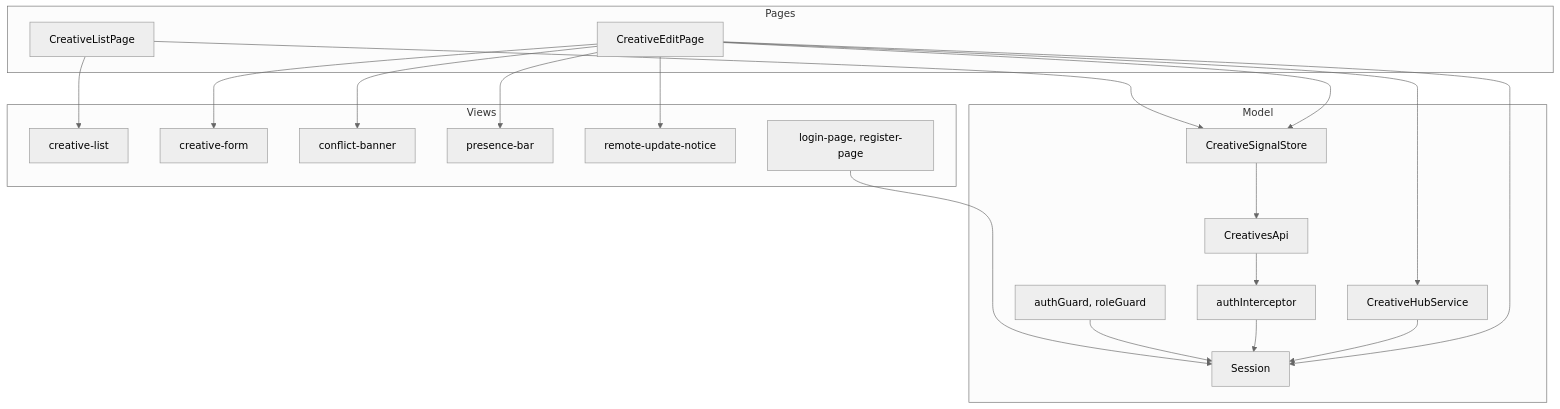
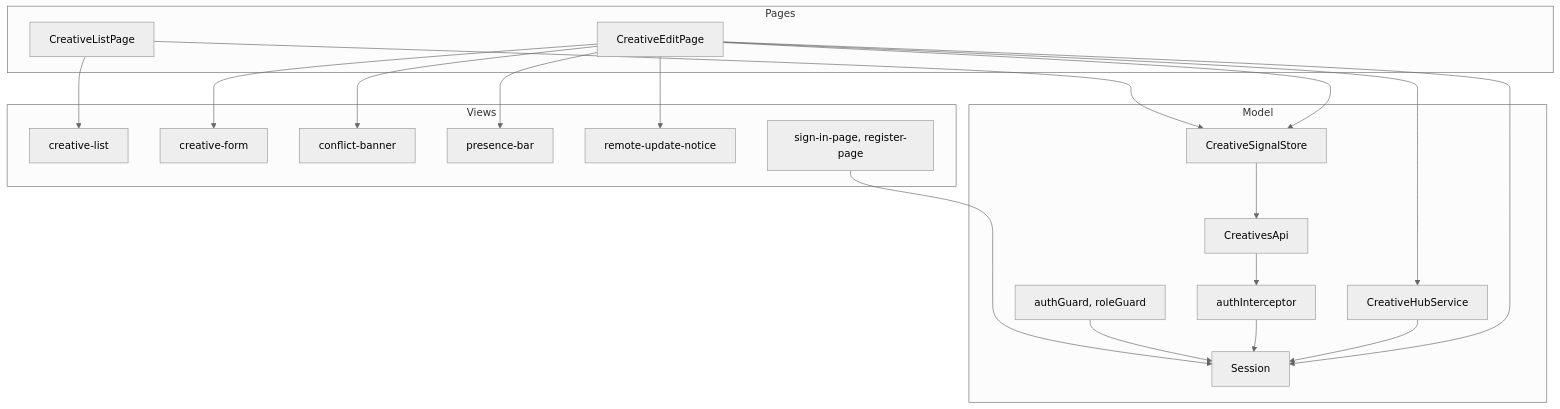
The fourth of 4 diagrams in docs/architecture.md (SDS37/CreativeCollab), drawn with Mermaid (neutral theme) before and after one commit. The commit also changed other lines of this file and 36 other files, not shown here.

First line of the commit message:
refactor: call signing in "sign-in", not "login"

````diff
--- a/docs/architecture.md
+++ b/docs/architecture.md
@@ -140,39 +140,39 @@
 ```mermaid
 flowchart TB
   subgraph view [Views]
     List["creative-list"]
     Form["creative-form"]
     Banner["conflict-banner"]
     Bar["presence-bar"]
     Notice["remote-update-notice"]
-    Login["login-page, register-page"]
+    SignIn["sign-in-page, register-page"]
   end
   subgraph pages [Pages]
     ListPage["CreativeListPage"]
     EditPage["CreativeEditPage"]
   end
   subgraph model [Model]
     Store["CreativeSignalStore"]
     Http["CreativesApi"]
     HubSvc["CreativeHubService"]
     Session["Session"]
     Interceptor["authInterceptor"]
     Guards["authGuard, roleGuard"]
   end
 
   ListPage --> List
   ListPage --> Store
   EditPage --> Form
   EditPage --> Banner
   EditPage --> Bar
   EditPage --> Notice
   EditPage --> Store
   EditPage --> HubSvc
-  Login --> Session
+  SignIn --> Session
   Guards --> Session
   Interceptor --> Session
   Http --> Interceptor
   HubSvc --> Session
   EditPage --> Session
   Store --> Http
 ```
````
